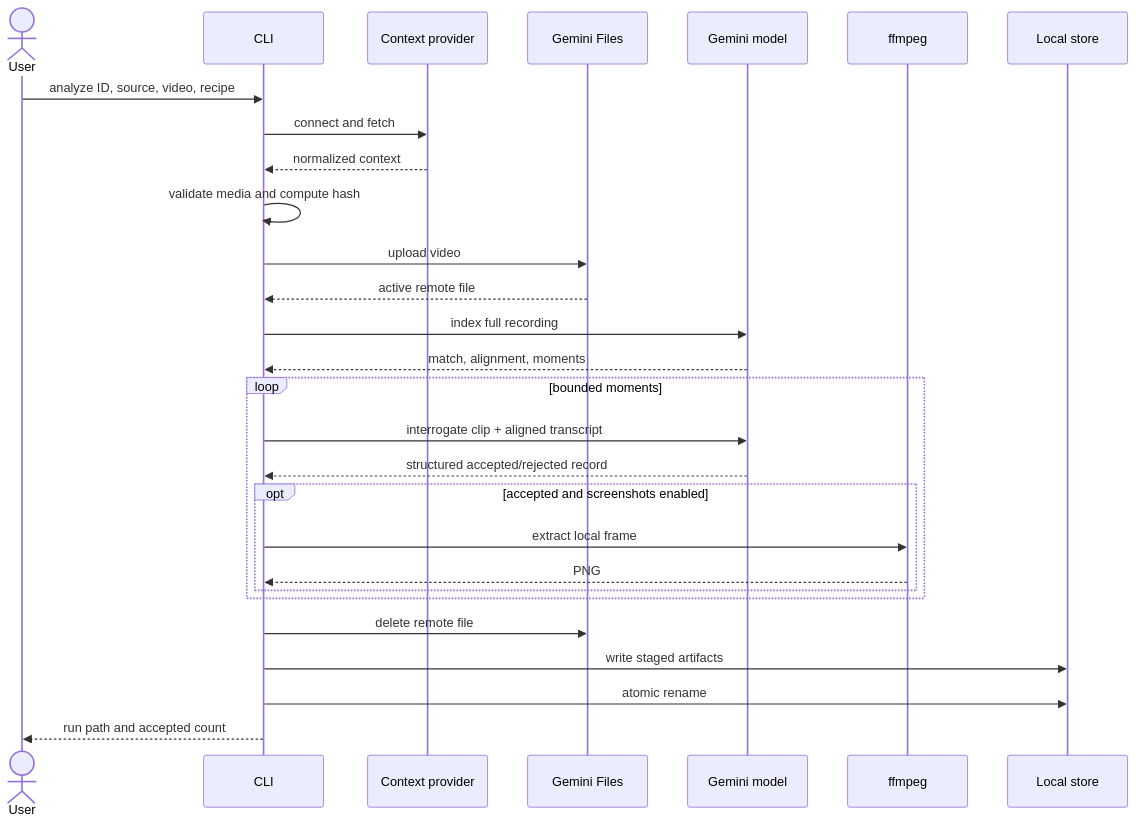
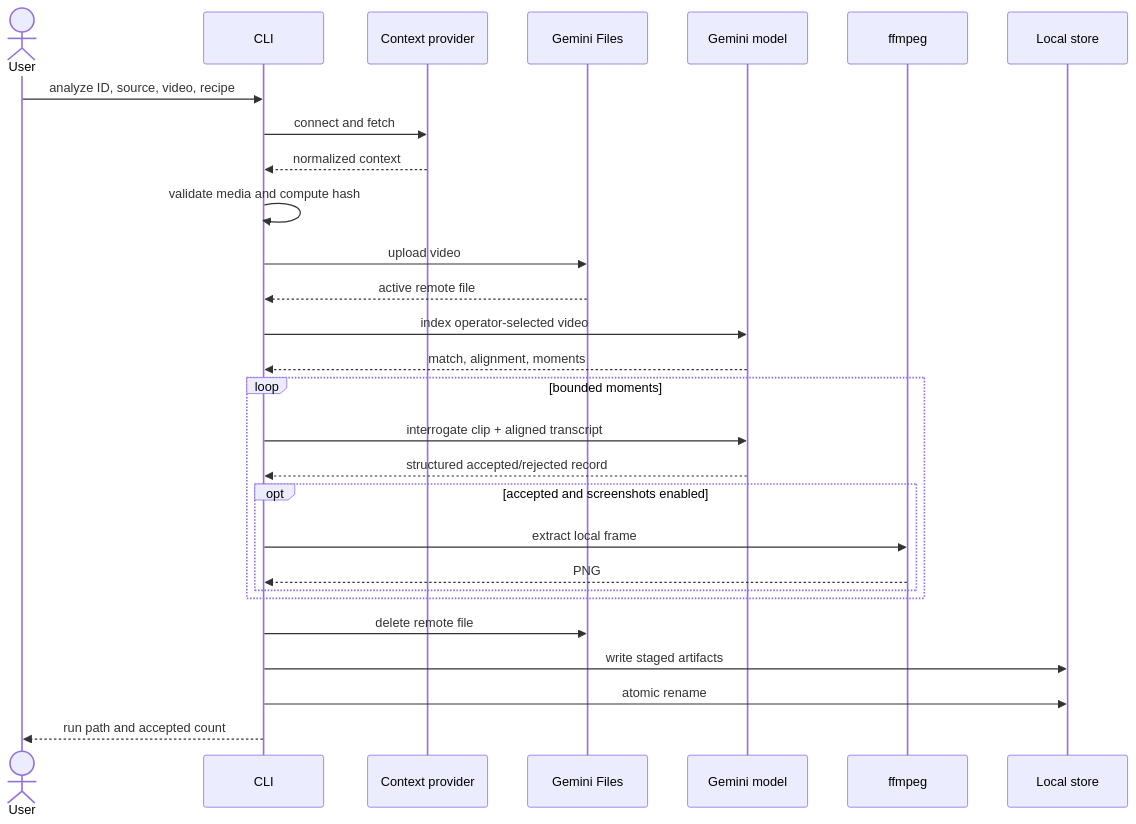
Before and after one commit to jchu96/frame-of-mind: the third of 8 diagrams in docs/ARCHITECTURE.md, drawn with Mermaid. The commit also changed other lines of this file and 32 other files, not shown here.

````diff
--- a/docs/ARCHITECTURE.md
+++ b/docs/ARCHITECTURE.md
@@ -295,31 +315,31 @@
 ```mermaid
 sequenceDiagram
     actor User
     participant CLI
     participant Context as Context provider
     participant Files as Gemini Files
     participant Model as Gemini model
     participant FF as ffmpeg
     participant Disk as Local store
 
     User->>CLI: analyze ID, source, video, recipe
     CLI->>Context: connect and fetch
     Context-->>CLI: normalized context
     CLI->>CLI: validate media and compute hash
     CLI->>Files: upload video
     Files-->>CLI: active remote file
-    CLI->>Model: index full recording
+    CLI->>Model: index operator-selected video
     Model-->>CLI: match, alignment, moments
     loop bounded moments
         CLI->>Model: interrogate clip + aligned transcript
         Model-->>CLI: structured accepted/rejected record
         opt accepted and screenshots enabled
             CLI->>FF: extract local frame
             FF-->>CLI: PNG
         end
     end
     CLI->>Files: delete remote file
     CLI->>Disk: write staged artifacts
     CLI->>Disk: atomic rename
     CLI-->>User: run path and accepted count
 ```
````
